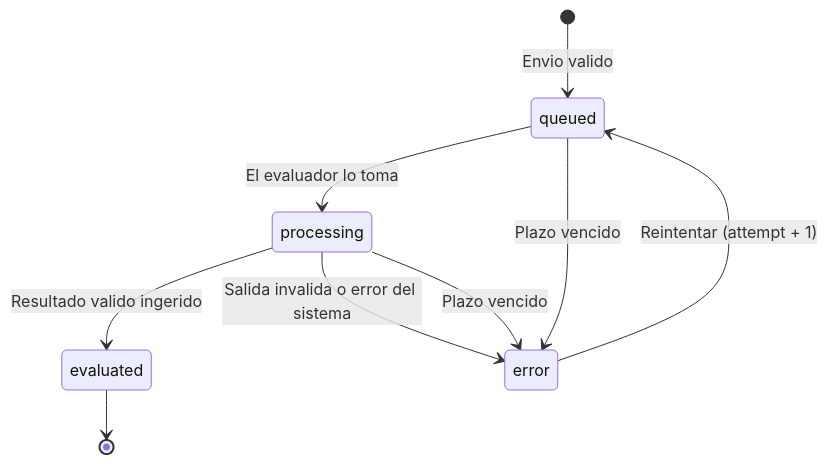
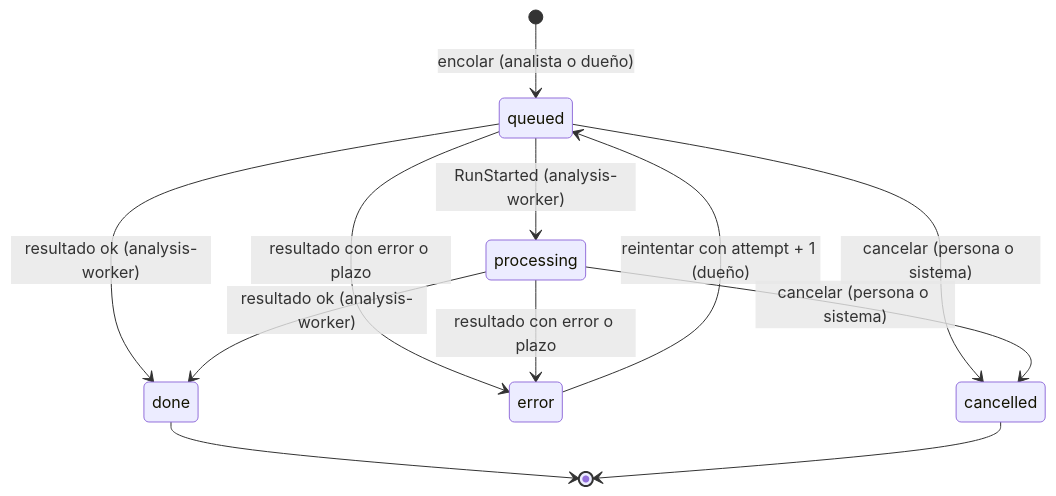
The second of 3 diagrams in aidlc/spaces/default/intents/261002-veridicus-mvp/construction/text-flow/functional-design/functional-spec.md (freyesJaveriana/tai), drawn with Mermaid before and after one commit. The commit also changed other lines of this file and 8 other files, not shown here.

````diff
--- a/aidlc/spaces/default/intents/261002-veridicus-mvp/construction/text-flow/functional-design/functional-spec.md
+++ b/aidlc/spaces/default/intents/261002-veridicus-mvp/construction/text-flow/functional-design/functional-spec.md
@@ -181,11 +308,14 @@
 ```mermaid
 stateDiagram-v2
-  [*] --> queued: Envio valido
-  queued --> processing: El evaluador lo toma
-  processing --> evaluated: Resultado valido ingerido
-  processing --> error: Salida invalida o error del sistema
-  queued --> error: Plazo vencido
-  processing --> error: Plazo vencido
-  error --> queued: Reintentar (attempt + 1)
-  evaluated --> [*]
+    [*] --> queued: encolar (analista o dueño)
+    queued --> processing: RunStarted (analysis-worker)
+    queued --> done: resultado ok (analysis-worker)
+    processing --> done: resultado ok (analysis-worker)
+    queued --> error: resultado con error o plazo
+    processing --> error: resultado con error o plazo
+    queued --> cancelled: cancelar (persona o sistema)
+    processing --> cancelled: cancelar (persona o sistema)
+    error --> queued: reintentar con attempt + 1 (dueño)
+    done --> [*]
+    cancelled --> [*]
 ```
````
